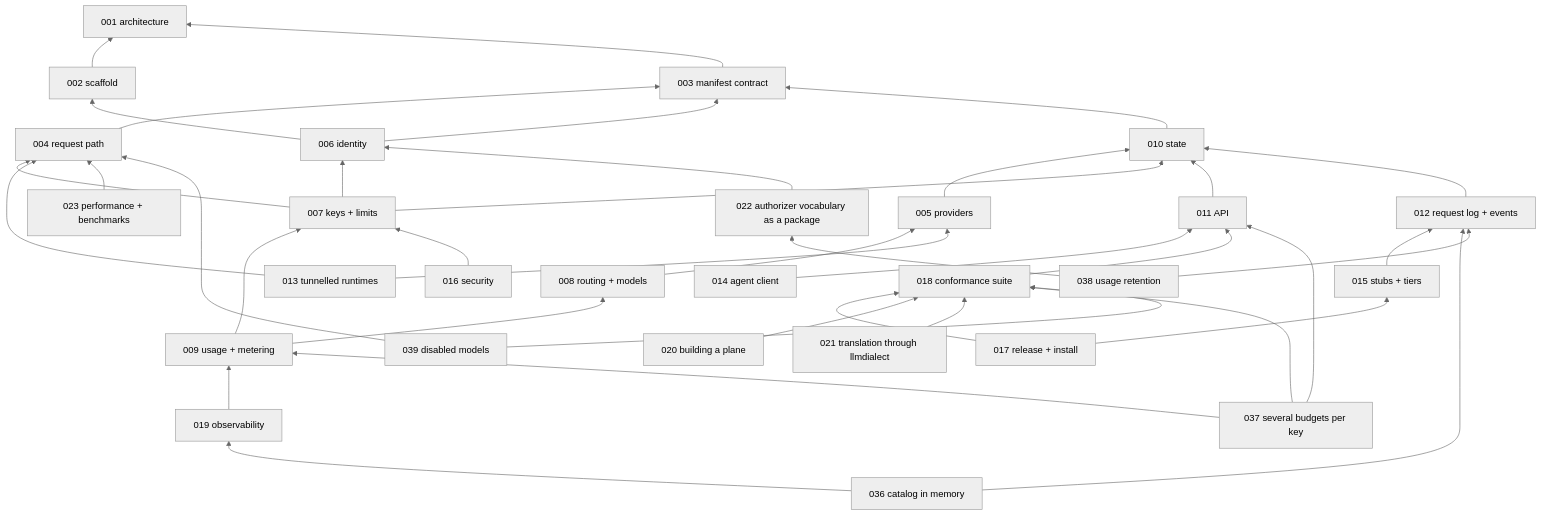
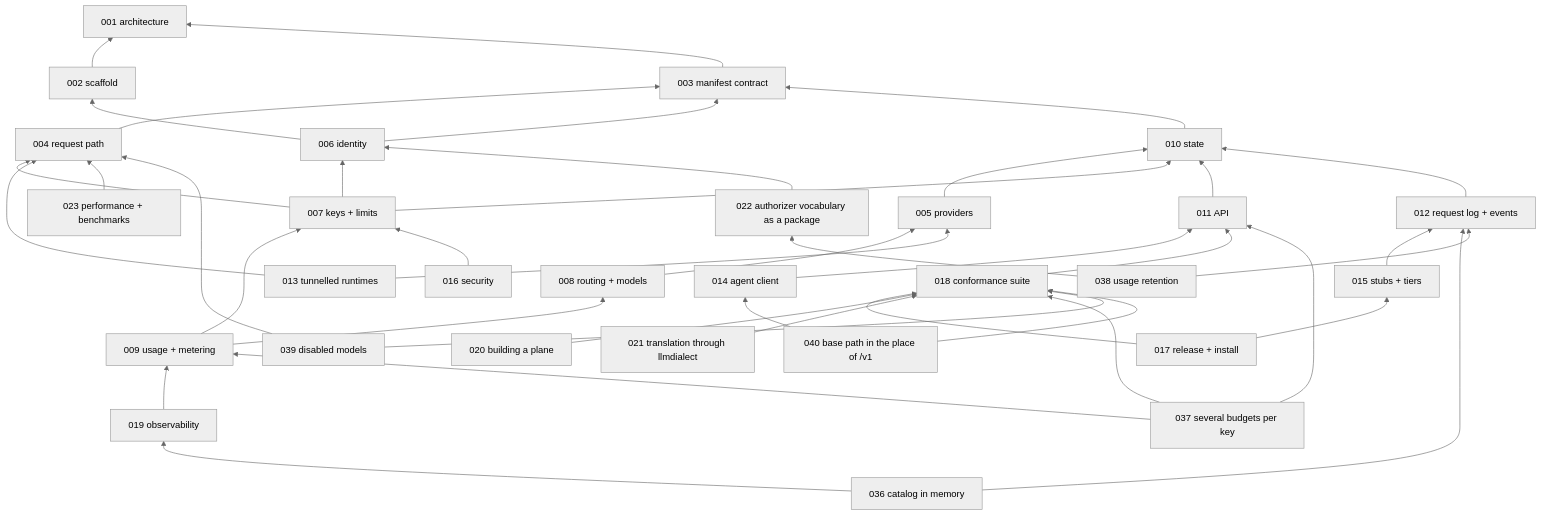
Before and after one commit to latere-ai/lux: the second of 2 diagrams in specs/README.md, drawn with Mermaid (neutral theme). The commit also changed other lines of this file and 1 other file, not shown here.

Commit message:
specs: 040, the base path in the place of the control plane's /v1, so every address behind a shared origin carries one version segment

````diff
--- a/specs/README.md
+++ b/specs/README.md
@@ -103,67 +104,70 @@
 ```mermaid
 flowchart BT
   S001[001 architecture]
   S002[002 scaffold]
   S003[003 manifest contract]
   S004[004 request path]
   S005[005 providers]
   S006[006 identity]
   S007[007 keys + limits]
   S008[008 routing + models]
   S009[009 usage + metering]
   S010[010 state]
   S011[011 API]
   S012[012 request log + events]
   S013[013 tunnelled runtimes]
   S014[014 agent client]
   S015[015 stubs + tiers]
   S016[016 security]
   S017[017 release + install]
   S018[018 conformance suite]
   S019[019 observability]
   S020[020 building a plane]
   S021[021 translation through llmdialect]
   S022[022 authorizer vocabulary as a package]
   S023[023 performance + benchmarks]
   S036[036 catalog in memory]
   S037[037 several budgets per key]
   S038[038 usage retention]
   S039[039 disabled models]
+  S040[040 base path in the place of /v1]
   S002 --> S001
   S003 --> S001
   S004 --> S003
   S005 --> S010
   S006 --> S002
   S006 --> S003
   S007 --> S004
   S007 --> S006
   S007 --> S010
   S008 --> S005
   S009 --> S007
   S009 --> S008
   S010 --> S003
   S011 --> S010
   S012 --> S010
   S013 --> S004
   S013 --> S005
   S014 --> S011
   S015 --> S012
   S016 --> S007
   S017 --> S015
   S017 --> S018
   S018 --> S011
   S019 --> S009
   S020 --> S018
   S021 --> S018
   S022 --> S006
   S023 --> S004
   S036 --> S012
   S036 --> S019
   S037 --> S009
   S037 --> S011
   S037 --> S018
   S038 --> S012
   S038 --> S022
   S039 --> S004
   S039 --> S018
+  S040 --> S014
+  S040 --> S018
 ```
````
